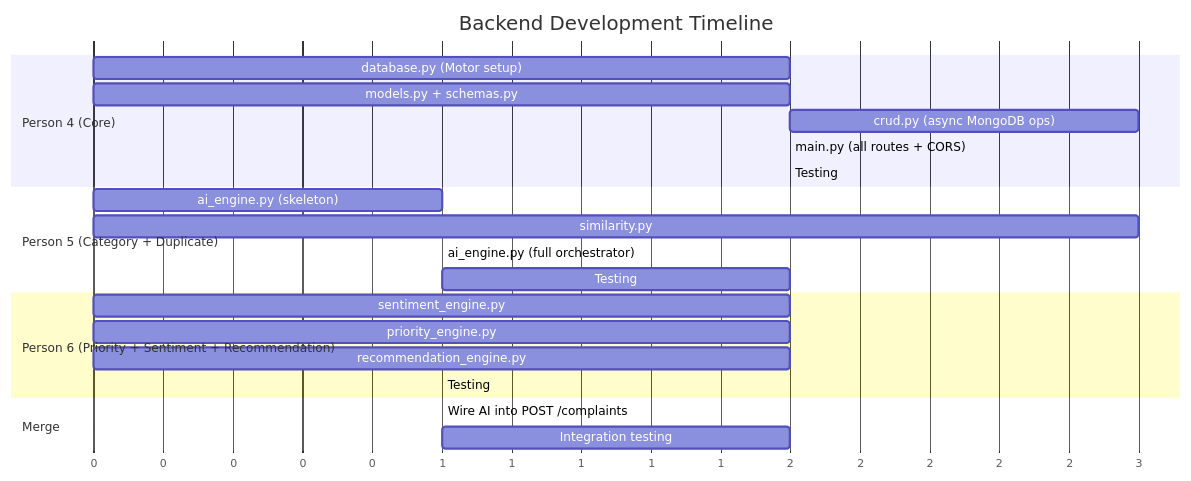
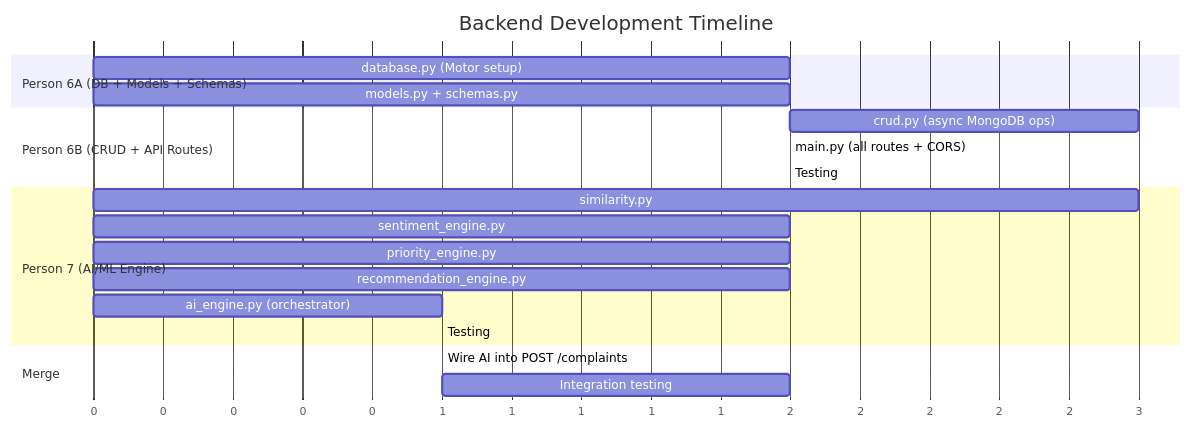
Before and after one commit to SatvikDB/CivicMind: the sixth of 16 diagrams in BACKEND_GUIDE_v2.md, drawn with Mermaid. The commit also changed other lines of this file, not shown here.

````diff
--- a/BACKEND_GUIDE_v2.md
+++ b/BACKEND_GUIDE_v2.md
@@ -1135,29 +1152,27 @@
 ```mermaid
 gantt
     title Backend Development Timeline
     dateFormat  X
     axisFormat %s
 
-    section Person 4 (Core)
+    section Person 6A (DB + Models + Schemas)
     database.py (Motor setup)        :a1, 0, 2
     models.py + schemas.py           :a2, 0, 2
-    crud.py (async MongoDB ops)      :a3, after a2, 3
-    main.py (all routes + CORS)      :a4, after a3, 2
-    Testing                          :a5, after a4, 2
 
-    section Person 5 (Category + Duplicate)
-    ai_engine.py (skeleton)          :b1, 0, 1
-    similarity.py                    :b2, 0, 3
-    ai_engine.py (full orchestrator) :b3, after b2, 1
-    Testing                          :b4, after b3, 2
+    section Person 6B (CRUD + API Routes)
+    crud.py (async MongoDB ops)      :b1, after a2, 3
+    main.py (all routes + CORS)      :b2, after b1, 2
+    Testing                          :b3, after b2, 2
 
-    section Person 6 (Priority + Sentiment + Recommendation)
-    sentiment_engine.py              :c1, 0, 2
-    priority_engine.py               :c2, 0, 2
-    recommendation_engine.py         :c3, 0, 2
-    Testing                          :c4, after c3, 1
+    section Person 7 (AI/ML Engine)
+    similarity.py                    :c1, 0, 3
+    sentiment_engine.py              :c2, 0, 2
+    priority_engine.py               :c3, 0, 2
+    recommendation_engine.py         :c4, 0, 2
+    ai_engine.py (orchestrator)      :c5, 0, 1
+    Testing                          :c6, after c4, 1
 
     section Merge
-    Wire AI into POST /complaints    :merge1, after a4, 1
+    Wire AI into POST /complaints    :merge1, after b2, 1
     Integration testing              :merge2, after merge1, 2
 ```
````
